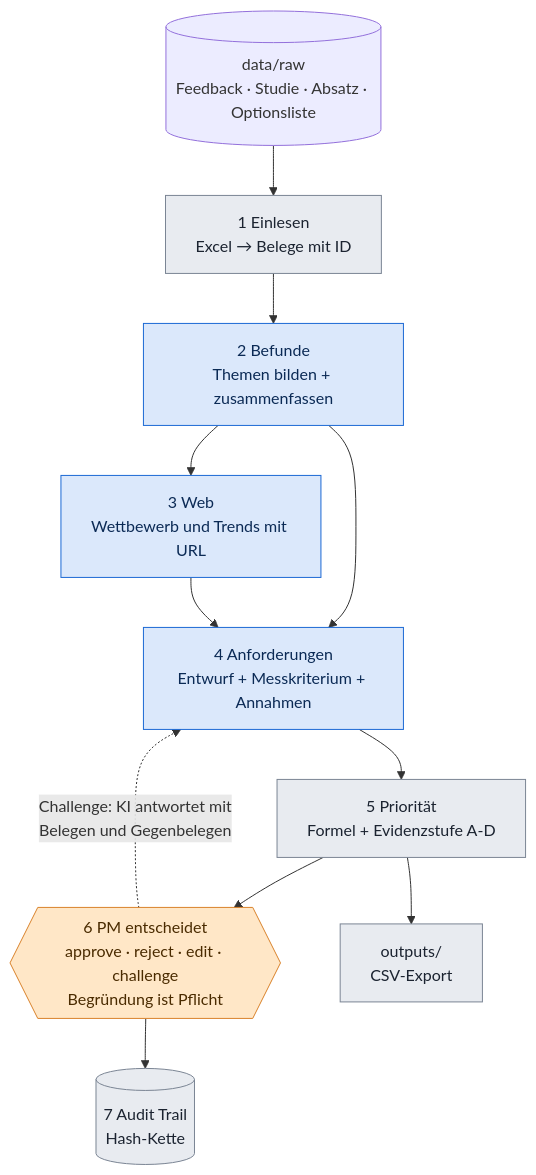
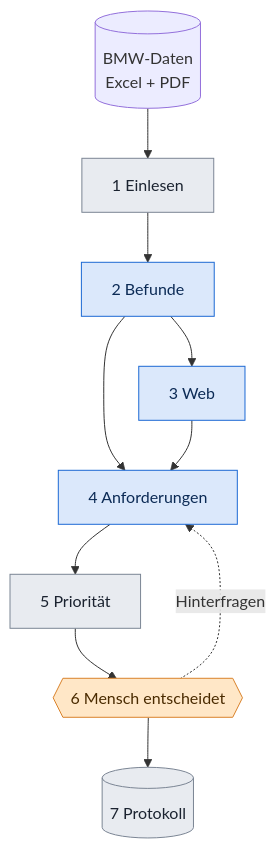
The diagram in docs/04_techflow.md (PiyushPapaya/TUMHackathon26), drawn with Mermaid before and after one commit. The commit also changed other lines of this file and 11 other files, not shown here.

````diff
--- a/docs/04_techflow.md
+++ b/docs/04_techflow.md
@@ -5,27 +8,19 @@
 ```mermaid
 flowchart TD
-  RAW[("data/raw<br/>Feedback · Studie · Absatz · Optionsliste")]
-  S1["1 Einlesen<br/>Excel → Belege mit ID"]
-  S2["2 Befunde<br/>Themen bilden + zusammenfassen"]
-  S3["3 Web<br/>Wettbewerb und Trends mit URL"]
-  S4["4 Anforderungen<br/>Entwurf + Messkriterium + Annahmen"]
-  S5["5 Priorität<br/>Formel + Evidenzstufe A-D"]
-  S6{{"6 PM entscheidet<br/>approve · reject · edit · challenge<br/>Begründung ist Pflicht"}}
-  S7[("7 Audit Trail<br/>Hash-Kette")]
-  EXP["outputs/<br/>CSV-Export"]
-
-  RAW --> S1 --> S2
-  S2 --> S3
-  S2 --> S4
+  X[("BMW-Daten<br/>Excel + PDF")] --> S1["1 Einlesen"]
+  S1 --> S2["2 Befunde"]
+  S2 --> S3["3 Web"]
+  S2 --> S4["4 Anforderungen"]
   S3 --> S4
-  S4 --> S5 --> S6 --> S7
-  S5 --> EXP
-  S6 -. "Challenge: KI antwortet mit<br/>Belegen und Gegenbelegen" .-> S4
+  S4 --> S5["5 Priorität"]
+  S5 --> S6{{"6 Mensch entscheidet"}}
+  S6 --> S7[("7 Protokoll")]
+  S6 -. "Hinterfragen" .-> S4
 
   classDef code fill:#e8ebf0,stroke:#7b8594,color:#1b2330;
   classDef ki fill:#dbe8fb,stroke:#1c69d4,color:#0b2a55;
   classDef mensch fill:#ffe7c7,stroke:#d9822b,color:#4a2b00;
-  class S1,S5,S7,EXP code;
+  class S1,S5,S7 code;
   class S2,S3,S4 ki;
   class S6 mensch;
 ```
````
